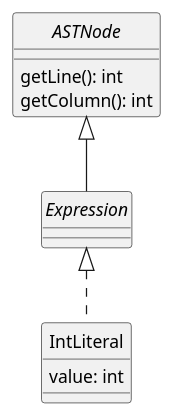
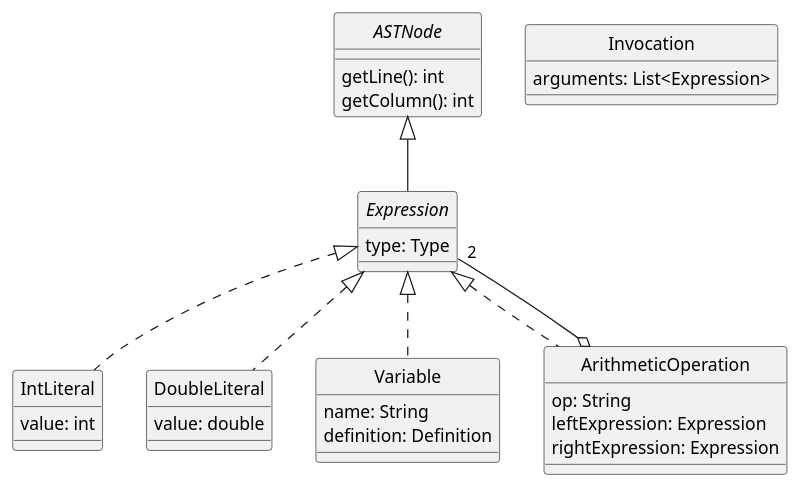
Before and after one commit to uo277440/dlp-compiler: the diagram in docs/diagrams/expressions.plantuml, drawn with PlantUML. The commit also changed 7 other files, not shown here.

```diff
--- a/docs/diagrams/expressions.plantuml
+++ b/docs/diagrams/expressions.plantuml
@@ -1,20 +1,40 @@
 @startuml Expressions
 skinparam style strictuml
 skinparam monochrome true
 
 
 interface ASTNode {
     getLine(): int
     getColumn(): int
 }
 
-interface Expression
+interface Expression{
+type: Type
+}
 
 class IntLiteral {
     value: int
 }
-
+class DoubleLiteral {
+    value: double
+}
+class Variable{
+    name: String
+    definition: Definition
+}
+class ArithmeticOperation{
+    op: String
+    leftExpression: Expression
+    rightExpression: Expression
+}
+class Invocation{
+    arguments: List<Expression>
+}
 ASTNode <|-- Expression
 Expression <|.. IntLiteral
+Expression <|.. DoubleLiteral
+Expression <|.. Variable
+Expression <|.. ArithmeticOperation
+ArithmeticOperation o-- "2" Expression
 
 @enduml
```
